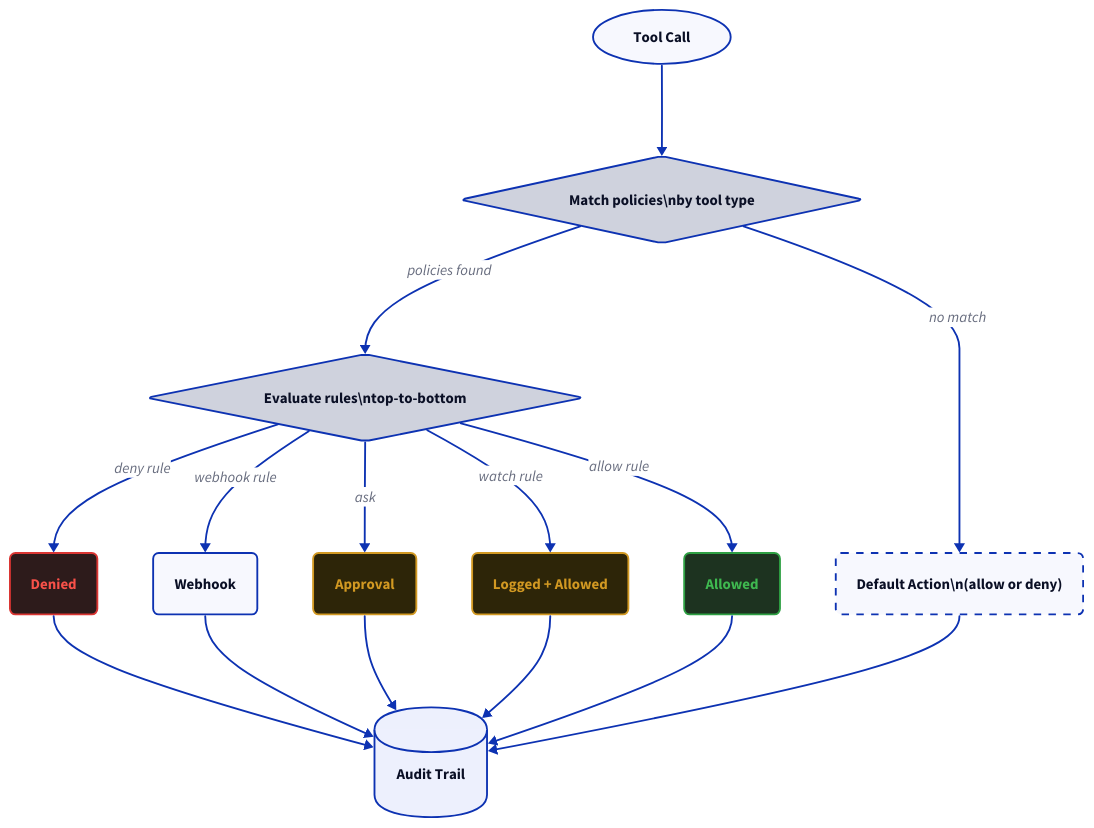
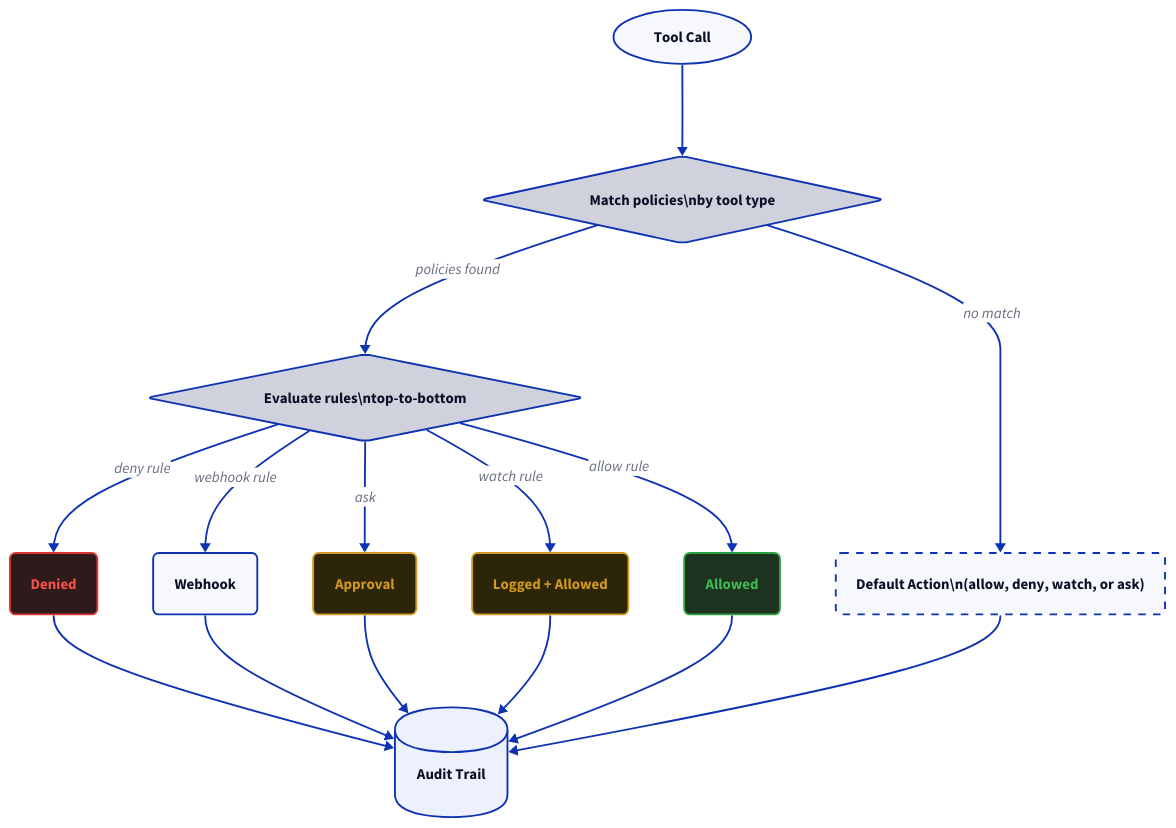
The diagram in docs-site/features/policy-engine.md (peg/rampart), drawn with D2 before and after one commit. The commit also changed other lines of this file and 304 other files, not shown here.

````diff
--- a/docs-site/features/policy-engine.md
+++ b/docs-site/features/policy-engine.md
@@ -15,65 +15,65 @@
 ```d2
 direction: down
 
 call: "Tool Call" {shape: oval}
 
 match: "Match policies\\nby tool type" {shape: diamond}
 
 rules: "Evaluate rules\\ntop-to-bottom" {shape: diamond}
 
 deny: "Denied" {
   style.fill: "#2d1b1b"
   style.stroke: "#da3633"
   style.font-color: "#f85149"
   style.border-radius: 6
 }
 
 webhook: "Webhook" {
   style.border-radius: 6
 }
 
 approval: "Approval" {
   style.fill: "#2d2508"
   style.stroke: "#d29922"
   style.font-color: "#d29922"
   style.border-radius: 6
 }
 
 watch: "Logged + Allowed" {
   style.fill: "#2d2508"
   style.stroke: "#d29922"
   style.font-color: "#d29922"
   style.border-radius: 6
 }
 
 allow: "Allowed" {
   style.fill: "#1d3320"
   style.stroke: "#2ea043"
   style.font-color: "#3fb950"
   style.border-radius: 6
 }
 
-default: "Default Action\\n(allow or deny)" {
+default: "Default Action\\n(allow, deny, watch, or ask)" {
   style.border-radius: 6
   style.stroke-dash: 4
 }
 
 audit: "Audit Trail" {shape: cylinder}
 
 call -> match
 match -> rules: "policies found"
 match -> default: "no match"
 
 rules -> deny: "deny rule"
 rules -> webhook: "webhook rule"
 rules -> approval: "ask"
 rules -> watch: "watch rule"
 rules -> allow: "allow rule"
 
 deny -> audit
 webhook -> audit
 approval -> audit
 watch -> audit
 allow -> audit
 default -> audit
 ```
````
